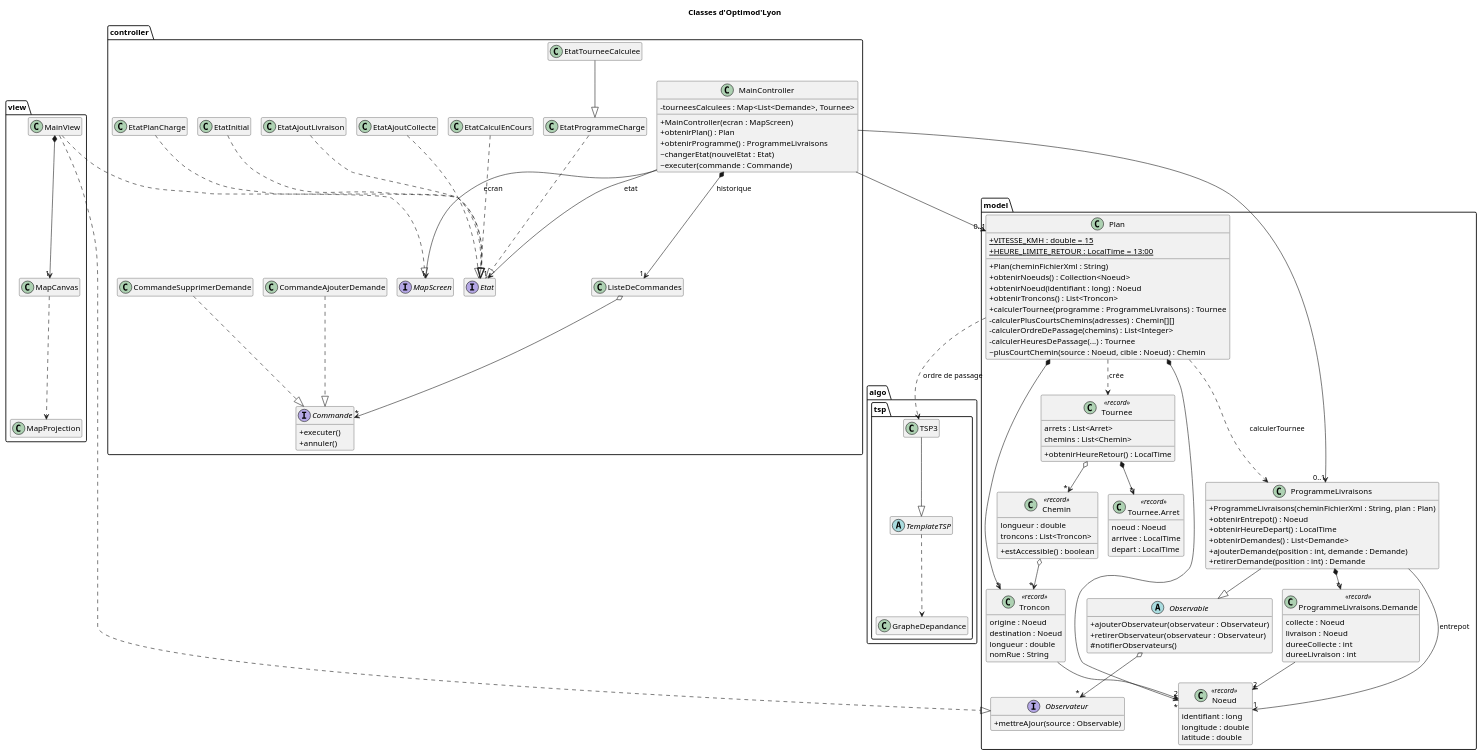
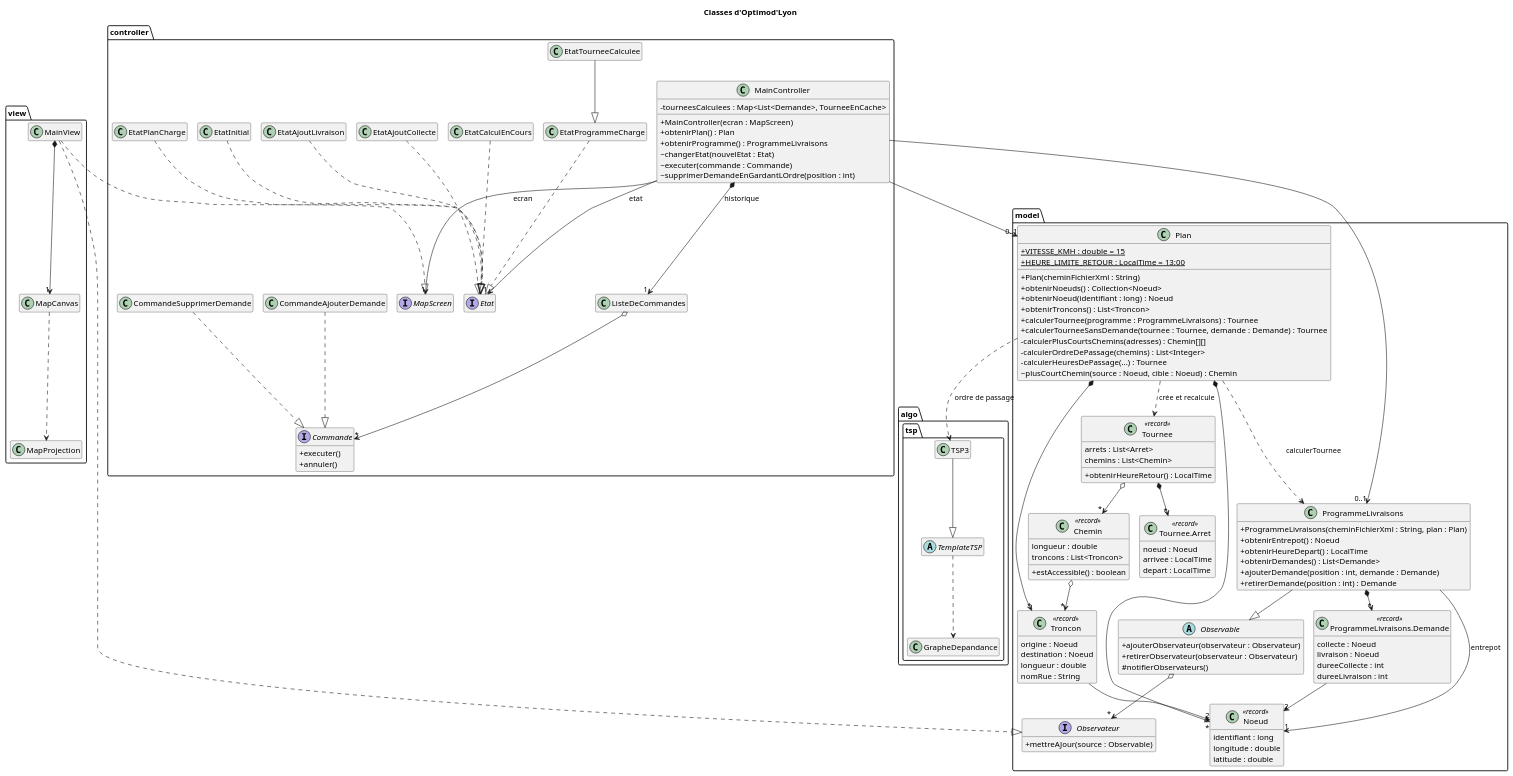
Before and after one commit to tristanhp/Optimod-Lyon: the diagram in docs/diagrams/classes.puml, drawn with PlantUML. The commit also changed 8 other files, not shown here.

```diff
--- a/docs/diagrams/classes.puml
+++ b/docs/diagrams/classes.puml
@@ -1,147 +1,149 @@
 @startuml classes
 !pragma layout smetana
 title Classes d'Optimod'Lyon
 skinparam classAttributeIconSize 0
 hide empty members
 
 package "model" {
   class Plan {
     +{static} VITESSE_KMH : double = 15
     +{static} HEURE_LIMITE_RETOUR : LocalTime = 13:00
     +Plan(cheminFichierXml : String)
     +obtenirNoeuds() : Collection<Noeud>
     +obtenirNoeud(identifiant : long) : Noeud
     +obtenirTroncons() : List<Troncon>
     +calculerTournee(programme : ProgrammeLivraisons) : Tournee
+    +calculerTourneeSansDemande(tournee : Tournee, demande : Demande) : Tournee
     -calculerPlusCourtsChemins(adresses) : Chemin[][]
     -calculerOrdreDePassage(chemins) : List<Integer>
     -calculerHeuresDePassage(...) : Tournee
     ~plusCourtChemin(source : Noeud, cible : Noeud) : Chemin
   }
   class Noeud <<record>> {
     identifiant : long
     longitude : double
     latitude : double
   }
   class Troncon <<record>> {
     origine : Noeud
     destination : Noeud
     longueur : double
     nomRue : String
   }
   class Chemin <<record>> {
     longueur : double
     troncons : List<Troncon>
     +estAccessible() : boolean
   }
   abstract class Observable {
     +ajouterObservateur(observateur : Observateur)
     +retirerObservateur(observateur : Observateur)
     #notifierObservateurs()
   }
   interface Observateur {
     +mettreAJour(source : Observable)
   }
   class ProgrammeLivraisons {
     +ProgrammeLivraisons(cheminFichierXml : String, plan : Plan)
     +obtenirEntrepot() : Noeud
     +obtenirHeureDepart() : LocalTime
     +obtenirDemandes() : List<Demande>
     +ajouterDemande(position : int, demande : Demande)
     +retirerDemande(position : int) : Demande
   }
   class "ProgrammeLivraisons.Demande" as Demande <<record>> {
     collecte : Noeud
     livraison : Noeud
     dureeCollecte : int
     dureeLivraison : int
   }
   class Tournee <<record>> {
     arrets : List<Arret>
     chemins : List<Chemin>
     +obtenirHeureRetour() : LocalTime
   }
   class "Tournee.Arret" as Arret <<record>> {
     noeud : Noeud
     arrivee : LocalTime
     depart : LocalTime
   }
 }
 
 package "algo.tsp" {
   abstract class TemplateTSP
   class TSP3
   class GrapheDepandance
 }
 
 package "controller" {
   class MainController {
     +MainController(ecran : MapScreen)
     +obtenirPlan() : Plan
     +obtenirProgramme() : ProgrammeLivraisons
     ~changerEtat(nouvelEtat : Etat)
     ~executer(commande : Commande)
-    -tourneesCalculees : Map<List<Demande>, Tournee>
+    ~supprimerDemandeEnGardantLOrdre(position : int)
+    -tourneesCalculees : Map<List<Demande>, TourneeEnCache>
   }
   interface MapScreen
   interface Etat
   class EtatInitial
   class EtatPlanCharge
   class EtatProgrammeCharge
   class EtatTourneeCalculee
   class EtatCalculEnCours
   class EtatAjoutCollecte
   class EtatAjoutLivraison
   interface Commande {
     +executer()
     +annuler()
   }
   class ListeDeCommandes
   class CommandeAjouterDemande
   class CommandeSupprimerDemande
 }
 
 package "view" {
   class MainView
   class MapCanvas
   class MapProjection
 }
 
 Plan *--> "*" Noeud
 Plan *--> "*" Troncon
 Troncon --> "2" Noeud
 Chemin o--> "*" Troncon
 Plan ..> ProgrammeLivraisons : calculerTournee
-Plan ..> Tournee : crée
+Plan ..> Tournee : crée et recalcule
 Plan ..> TSP3 : ordre de passage
 TSP3 --|> TemplateTSP
 TemplateTSP ..> GrapheDepandance
 ProgrammeLivraisons --|> Observable
 Observable o--> "*" Observateur
 ProgrammeLivraisons *--> "*" Demande
 ProgrammeLivraisons --> "1" Noeud : entrepot
 Demande --> "2" Noeud
 Tournee *--> "*" Arret
 Tournee o--> "*" Chemin
 
 MainController --> "1" MapScreen : ecran
 MainController --> "1" Etat : etat
 MainController *--> "1" ListeDeCommandes : historique
 MainController --> "0..1" Plan
 MainController --> "0..1" ProgrammeLivraisons
 EtatInitial ..|> Etat
 EtatPlanCharge ..|> Etat
 EtatProgrammeCharge ..|> Etat
 EtatTourneeCalculee --|> EtatProgrammeCharge
 EtatCalculEnCours ..|> Etat
 EtatAjoutCollecte ..|> Etat
 EtatAjoutLivraison ..|> Etat
 ListeDeCommandes o--> "*" Commande
 CommandeAjouterDemande ..|> Commande
 CommandeSupprimerDemande ..|> Commande
 
 MainView ..|> MapScreen
 MainView ..|> Observateur
 MainView *--> "1" MapCanvas
 MapCanvas ..> MapProjection
 @enduml
```
